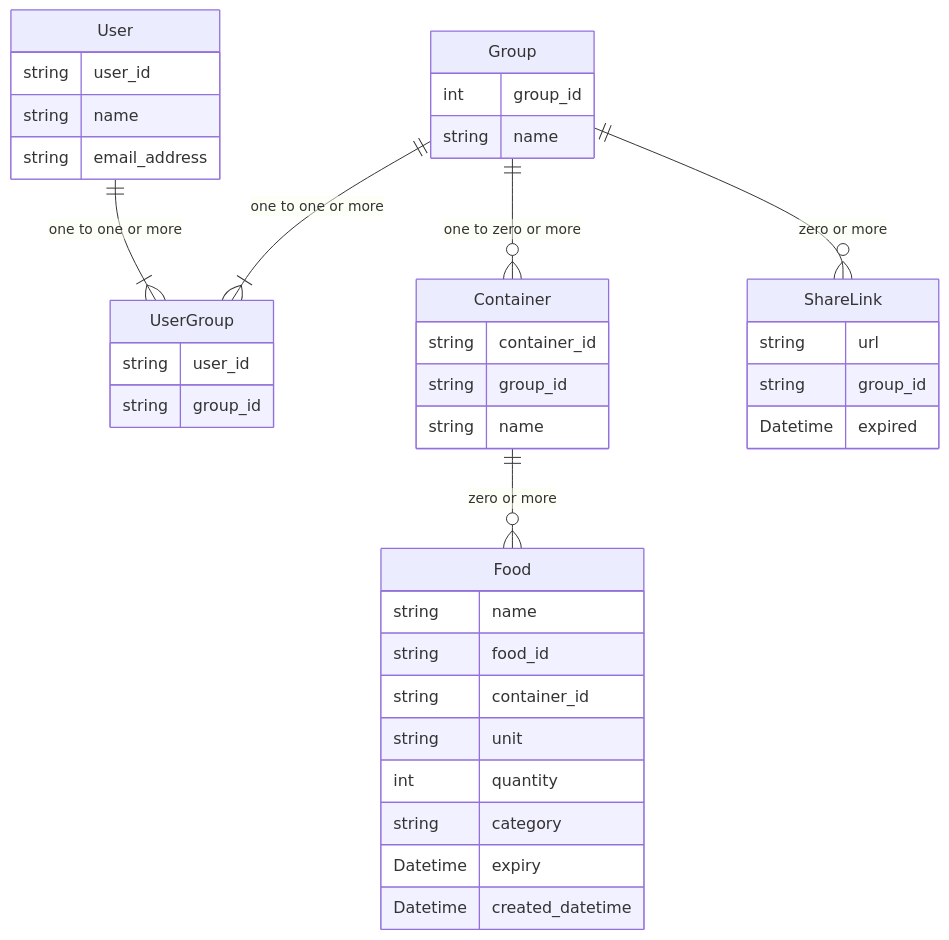
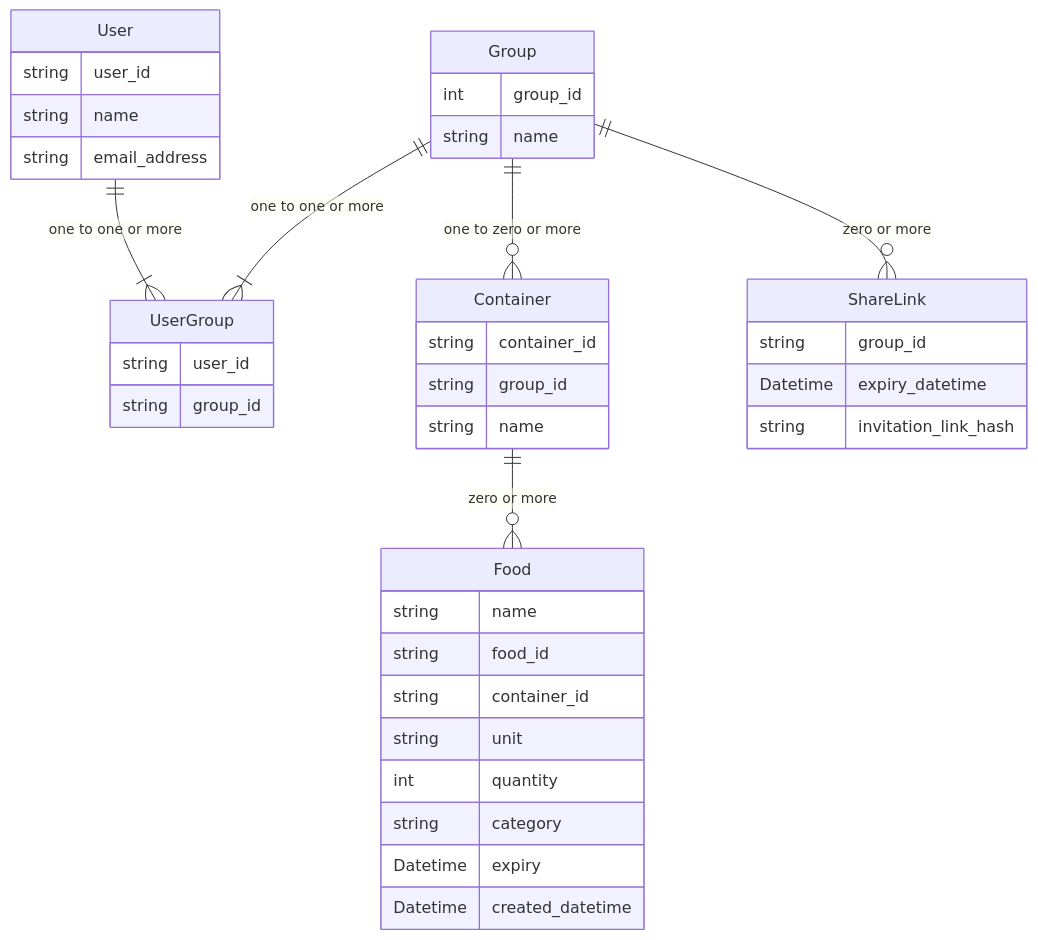
The diagram in project-document/docs/database/er-diagram.md (nishiki-tech/nishiki-documents), drawn with Mermaid before and after one commit. The commit also changed 1 other file, not shown here.

Commit message:
Update join link definition (#95)
* feat: update link definitions

* fix: fix an access pattern name

* feat: updated InvitationLinkExpiryDatetime GSI

````diff
--- a/project-document/docs/database/er-diagram.md
+++ b/project-document/docs/database/er-diagram.md
@@ -3,50 +3,50 @@
 ```mermaid
 erDiagram
 
 User {
     string user_id
     string name
     string email_address
 }
 
 UserGroup {
     string user_id
     string group_id
 }
 
 Group {
     int group_id
     string name
 }
 
 Container {
     string container_id
     string group_id
     string name
 }
 
 Food {
     string name
     string food_id
     string container_id
     string unit
     int quantity
     string category
     Datetime expiry
     Datetime created_datetime
 }
 
 ShareLink {
-    string url
     string group_id
-    Datetime expired
+    Datetime expiry_datetime
+    string invitation_link_hash
 }
 
 User || --|{ UserGroup : "one to one or more"
 Group ||--|{ UserGroup : "one to one or more"
 Group ||--o{ Container : "one to zero or more"
 Container ||--o{ Food : "zero or more"
 Group ||--o{ ShareLink : "zero or more"
 
 
 ```
````
